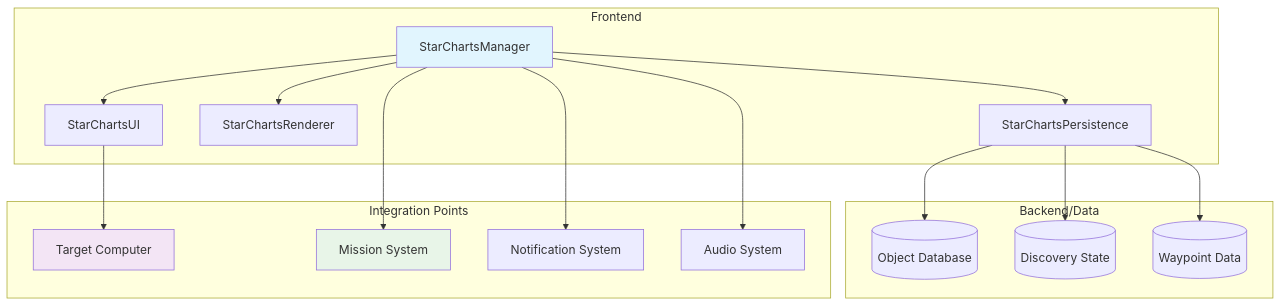
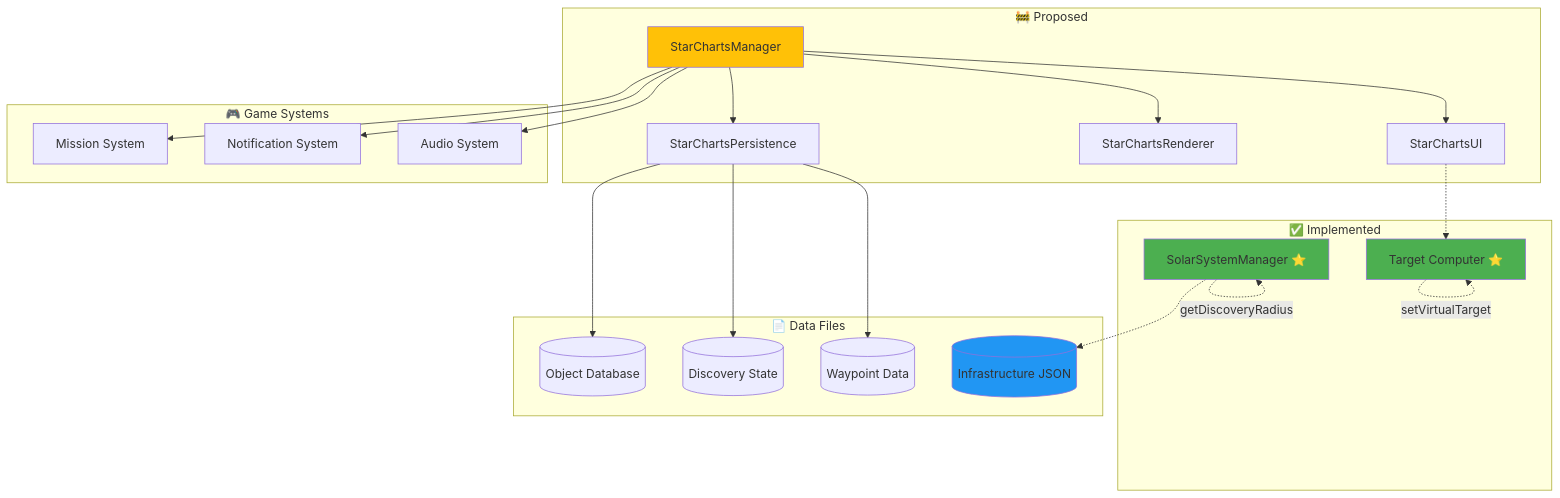
One commit to thoracle/planetz changed the second of 7 diagrams in docs/star_charts_system_spec.md. Above: the diagram before and after it, drawn with Mermaid. The commit also changed other lines of this file and 1 other file, not shown here.

````diff
--- a/docs/star_charts_system_spec.md
+++ b/docs/star_charts_system_spec.md
@@ -208,38 +208,50 @@
 ```mermaid
 graph TB
-    subgraph "Frontend"
+    subgraph "✅ Implemented"
+        TC[Target Computer ⭐]
+        SM[SolarSystemManager ⭐]
+    end
+
+    subgraph "🚧 Proposed"
         SC[StarChartsManager]
         SCUI[StarChartsUI]
         SCR[StarChartsRenderer]
         SCP[StarChartsPersistence]
     end
 
-    subgraph "Backend/Data"
+    subgraph "📄 Data Files"
         DB[(Object Database)]
         DP[(Discovery State)]
         WP[(Waypoint Data)]
+        INF[(Infrastructure JSON)]
     end
 
-    subgraph "Integration Points"
-        TC[Target Computer]
+    subgraph "🎮 Game Systems"
         MS[Mission System]
         NS[Notification System]
         AS[Audio System]
     end
 
+    SM -.-> |getDiscoveryRadius| SM
+    TC -.-> |setTargetById| TC
+    TC -.-> |setVirtualTarget| TC
+
     SC --> SCUI
     SC --> SCR
     SC --> SCP
-    SCUI --> TC
+    SCUI -.-> TC
     SC --> MS
     SC --> NS
     SC --> AS
 
     SCP --> DB
     SCP --> DP
     SCP --> WP
 
-    style SC fill:#e1f5fe
-    style TC fill:#f3e5f5
-    style MS fill:#e8f5e8
+    SM -.-> INF
+
+    style TC fill:#4CAF50
+    style SM fill:#4CAF50
+    style SC fill:#FFC107
+    style INF fill:#2196F3
 ```
````
